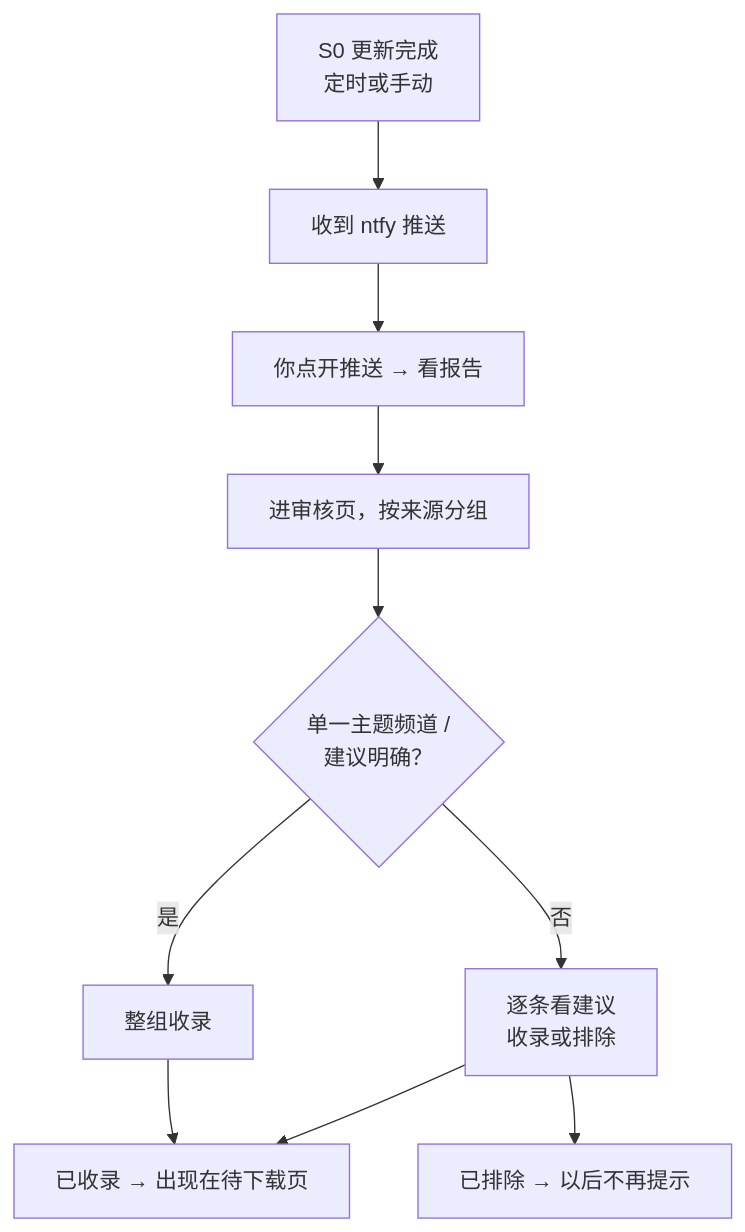
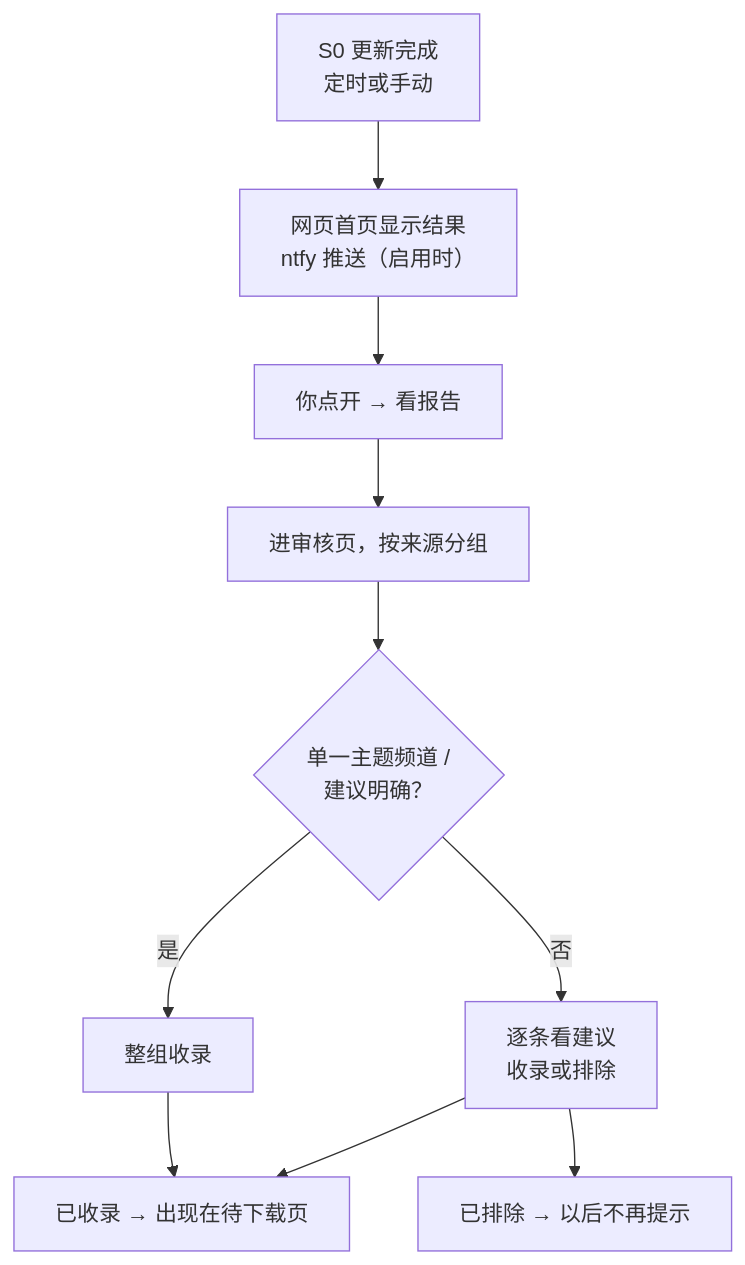
Before and after one commit to hfeng-9527/Documentary: the fifth of 11 diagrams in docs/scenarios.md, drawn with Mermaid. The commit also changed other lines of this file and 6 other files, not shown here.

````diff
--- a/docs/scenarios.md
+++ b/docs/scenarios.md
@@ -141,12 +141,12 @@
 ```mermaid
 flowchart TD
-    A["S0 更新完成<br/>定时或手动"] --> G["收到 ntfy 推送"]
-    G --> H["你点开推送 → 看报告"]
+    A["S0 更新完成<br/>定时或手动"] --> G["网页首页显示结果<br/>ntfy 推送（启用时）"]
+    G --> H["你点开 → 看报告"]
     H --> I["进审核页，按来源分组"]
     I --> J{"单一主题频道 /<br/>建议明确？"}
     J -->|是| K["整组收录"]
     J -->|否| L["逐条看建议<br/>收录或排除"]
     K --> M["已收录 → 出现在待下载页"]
     L --> M
     L --> N["已排除 → 以后不再提示"]
 ```
````
